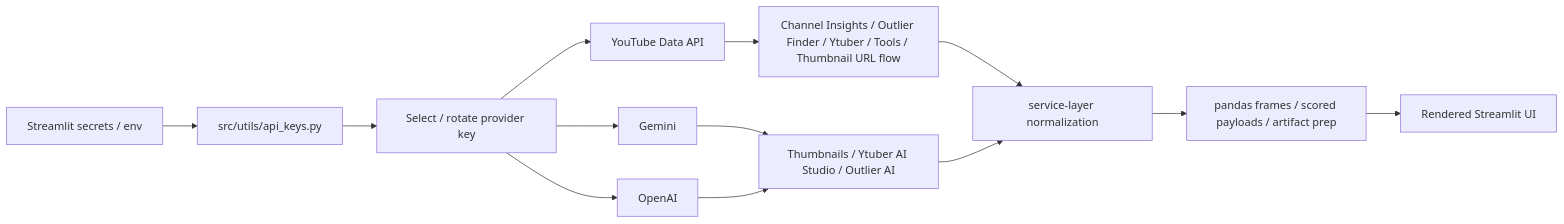
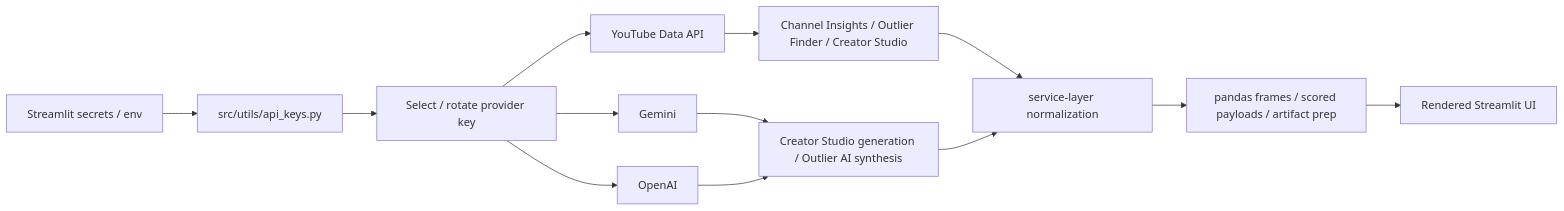
One commit to AsherJ07/purdue-youtube-ip-new changed the fourth of 6 diagrams in README.md. Above: the diagram before and after it, drawn with Mermaid. The commit also changed other lines of this file and 10 other files, not shown here.

````diff
--- a/README.md
+++ b/README.md
@@ -252,15 +247,15 @@
 ```mermaid
 flowchart LR
     A["Streamlit secrets / env"] --> B["src/utils/api_keys.py"]
     B --> C["Select / rotate provider key"]
     C --> D["YouTube Data API"]
     C --> E["Gemini"]
     C --> F["OpenAI"]
-    D --> G["Channel Insights / Outlier Finder / Ytuber / Tools / Thumbnail URL flow"]
-    E --> H["Thumbnails / Ytuber AI Studio / Outlier AI"]
+    D --> G["Channel Insights / Outlier Finder / Creator Studio"]
+    E --> H["Creator Studio generation / Outlier AI synthesis"]
     F --> H
     G --> I["service-layer normalization"]
     H --> I
     I --> J["pandas frames / scored payloads / artifact prep"]
     J --> K["Rendered Streamlit UI"]
 ```
````
